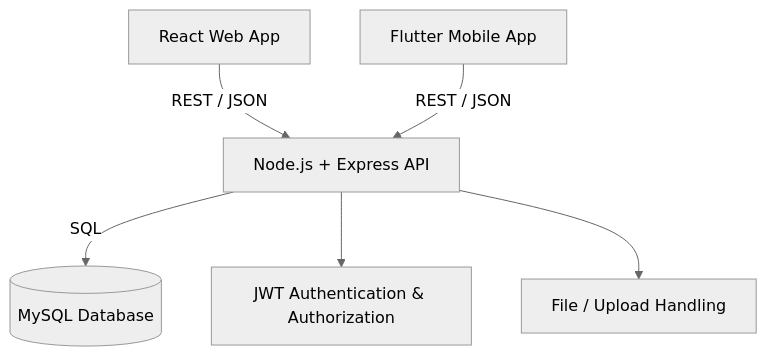
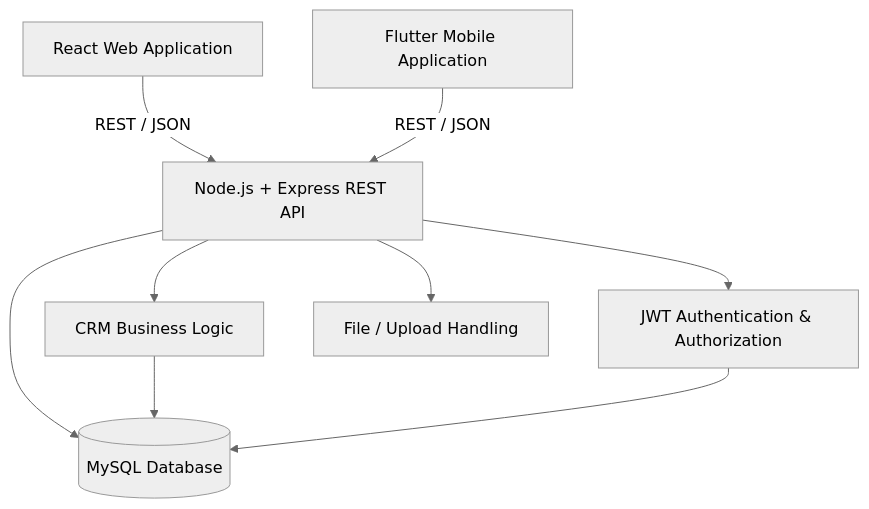
The diagram in README.md (Amitkv05/DartCRM-Platform), drawn with Mermaid (neutral theme) before and after one commit. The commit also changed other lines of this file, not shown here.

````diff
--- a/README.md
+++ b/README.md
@@ -17,8 +45,13 @@
 ```mermaid
 flowchart TB
-    W[React Web App] -->|REST / JSON| API[Node.js + Express API]
-    M[Flutter Mobile App] -->|REST / JSON| API
-    API -->|SQL| DB[(MySQL Database)]
+    W[React Web Application] -->|REST / JSON| API[Node.js + Express REST API]
+    M[Flutter Mobile Application] -->|REST / JSON| API
+
     API --> AUTH[JWT Authentication & Authorization]
+    API --> BUSINESS[CRM Business Logic]
     API --> FILES[File / Upload Handling]
+    API --> DB[(MySQL Database)]
+
+    BUSINESS --> DB
+    AUTH --> DB
 ```
````
